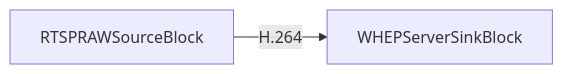
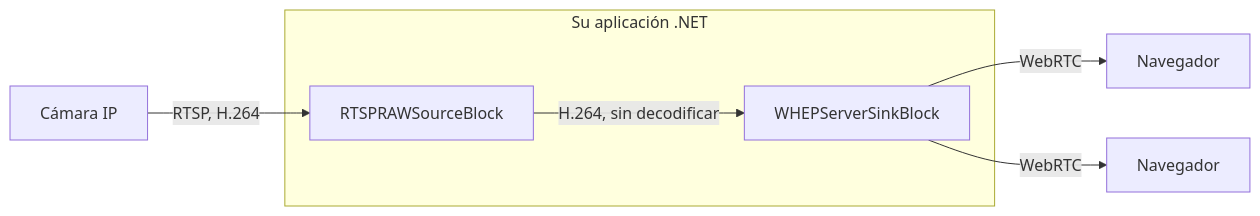
One commit to visioforge/help changed the first of 3 diagrams in dotnet/mediablocks/Guides/rtsp-cameras-in-browser-whep.es.md. Above: the diagram before and after it, drawn with Mermaid. The commit also changed other lines of this file and 437 other files, not shown here.

````diff
--- a/dotnet/mediablocks/Guides/rtsp-cameras-in-browser-whep.es.md
+++ b/dotnet/mediablocks/Guides/rtsp-cameras-in-browser-whep.es.md
@@ -42,4 +46,9 @@
 ```mermaid
 graph LR;
-    RTSPRAWSourceBlock -- H.264 --> WHEPServerSinkBlock;
+    cam["Cámara IP"] -- "RTSP, H.264" --> RTSPRAWSourceBlock;
+    subgraph app ["Su aplicación .NET"]
+        RTSPRAWSourceBlock -- "H.264, sin decodificar" --> WHEPServerSinkBlock;
+    end
+    WHEPServerSinkBlock -- WebRTC --> b1["Navegador"];
+    WHEPServerSinkBlock -- WebRTC --> b2["Navegador"];
 ```
````
